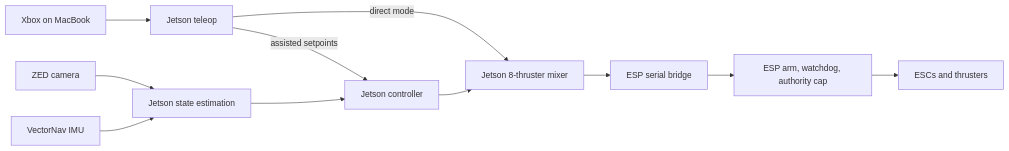
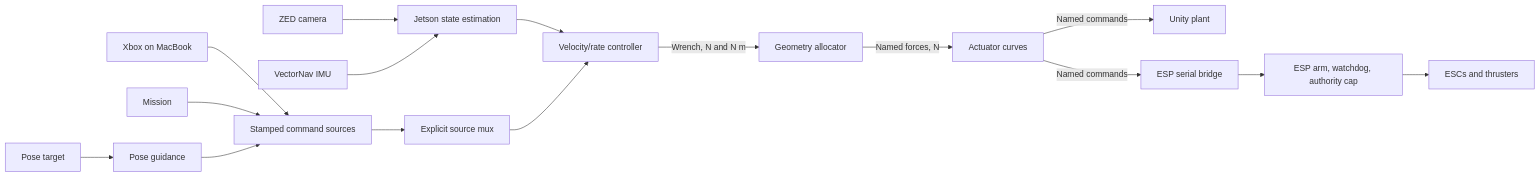
The diagram in README.md (berkeleyauv/tardigrade_ws), drawn with Mermaid before and after one commit. The commit also changed other lines of this file and 95 other files, not shown here.

Commit message:
Modernize Unity and hardware control architecture

````diff
--- a/README.md
+++ b/README.md
@@ -11,13 +12,18 @@
 ```mermaid
 flowchart LR
     ZED[ZED camera] --> EKF[Jetson state estimation]
     VN[VectorNav IMU] --> EKF
-    Xbox[Xbox on MacBook] --> Teleop[Jetson teleop]
-    Teleop -->|direct mode| Mixer[Jetson 8-thruster mixer]
-    Teleop -->|assisted setpoints| Control[Jetson controller]
-    EKF --> Control
-    Control --> Mixer
-    Mixer --> Bridge[ESP serial bridge]
+    Xbox[Xbox on MacBook] --> Sources[Stamped command sources]
+    Mission[Mission] --> Sources
+    Pose[Pose target] --> Guidance[Pose guidance]
+    Guidance --> Sources
+    Sources --> Mux[Explicit source mux]
+    EKF --> Control[Velocity/rate controller]
+    Mux --> Control
+    Control -->|Wrench, N and N m| Allocator[Geometry allocator]
+    Allocator -->|Named forces, N| Mapper[Actuator curves]
+    Mapper -->|Named commands| Unity[Unity plant]
+    Mapper -->|Named commands| Bridge[ESP serial bridge]
     Bridge --> Safety[ESP arm, watchdog, authority cap]
     Safety --> ESC[ESCs and thrusters]
 ```
````
